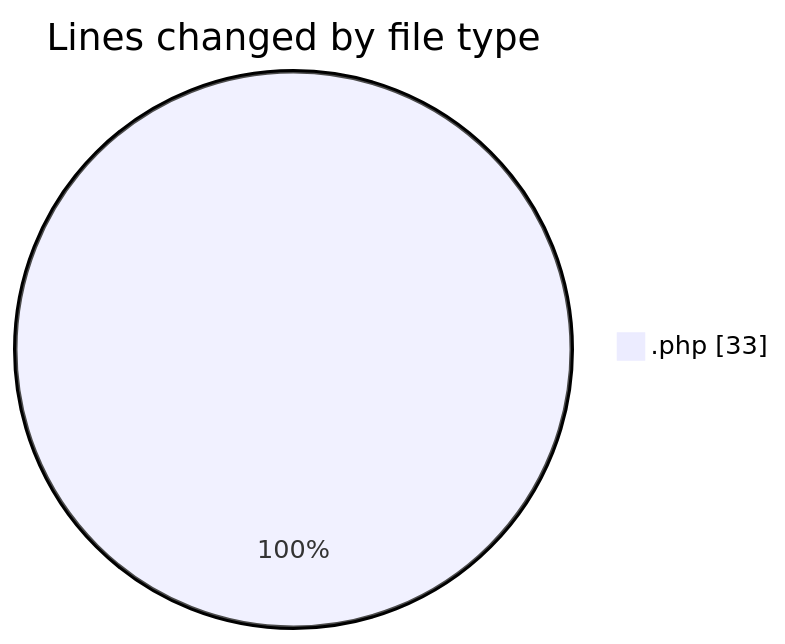
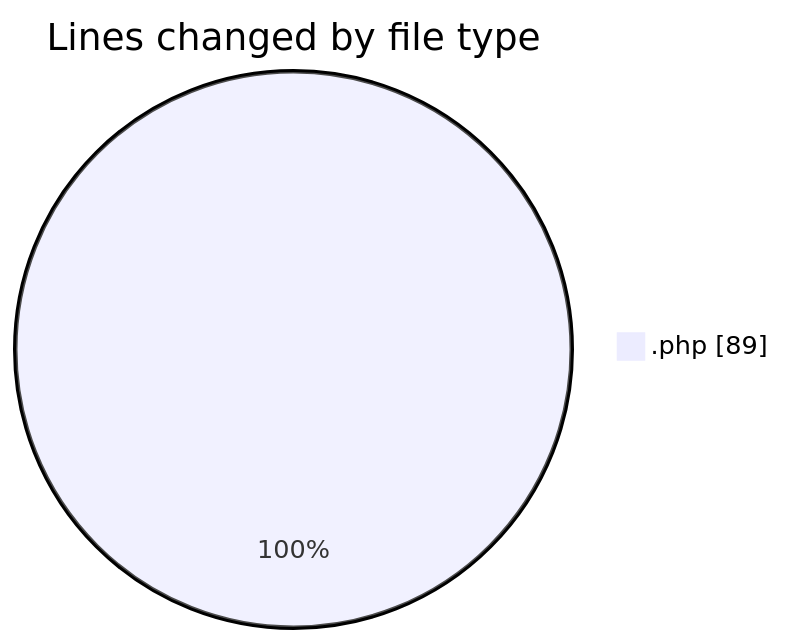
Before and after one commit to LanceThiago/code-tracking: the first of 2 diagrams in 2025-03-25/kml/README.md, drawn with Mermaid. The commit also changed other lines of this file and 1 other file, not shown here.

````diff
--- a/2025-03-25/kml/README.md
+++ b/2025-03-25/kml/README.md
@@ -20,5 +20,5 @@
 ```mermaid
 pie showData
 title Lines changed by file type
-".php" : 33
+".php" : 89
 ```
````
